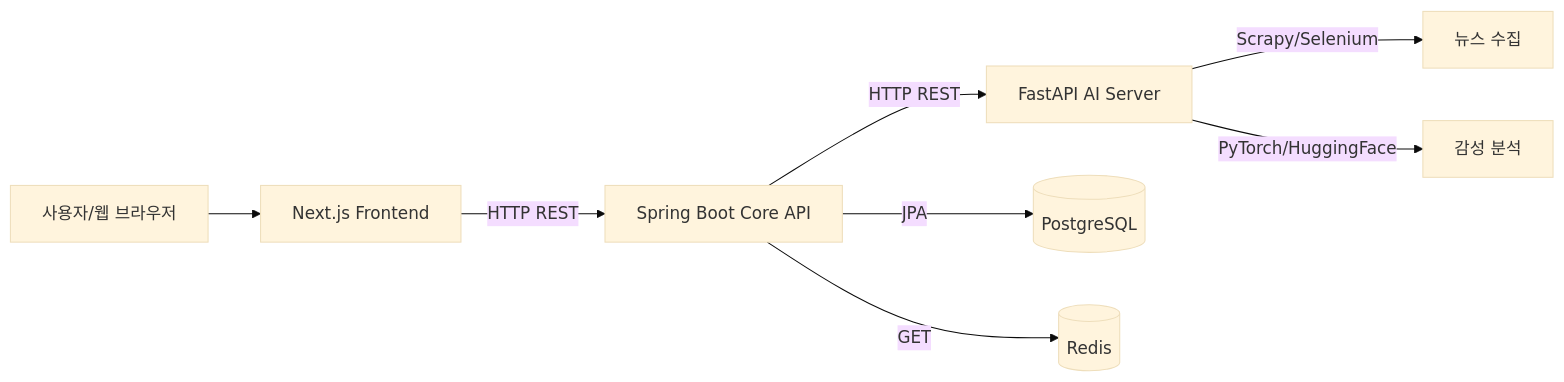
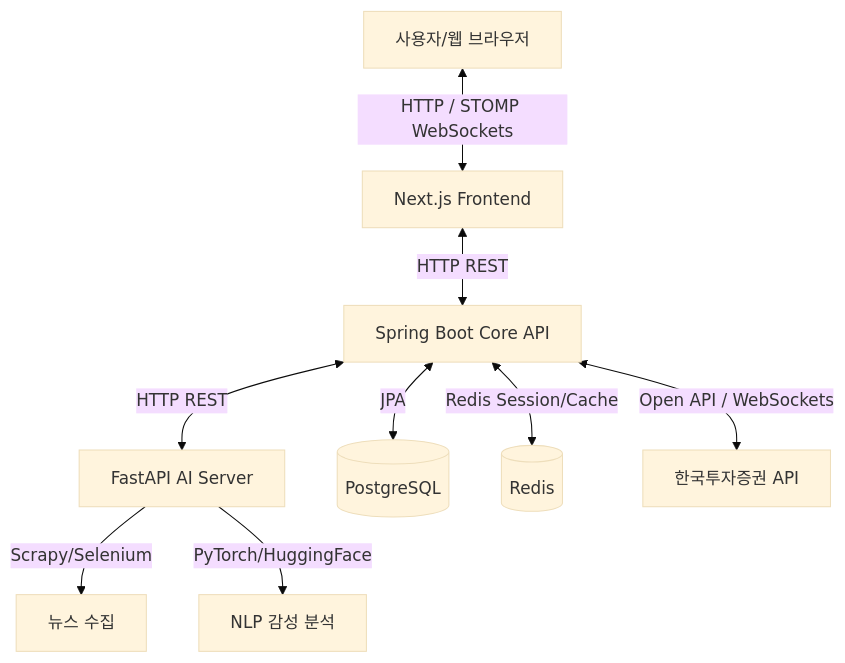
Before and after one commit to KimDohwan24/StockAI: the diagram in README.md, drawn with Mermaid (base theme). The commit also changed other lines of this file, not shown here.

````diff
--- a/README.md
+++ b/README.md
@@ -16,11 +32,13 @@
 ```mermaid
-graph LR
-    User[사용자/웹 브라우저] --> FE[Next.js Frontend]
-    FE -->|HTTP REST| BE[Spring Boot Core API]
-    BE -->|HTTP REST| AI[FastAPI AI Server]
-    BE -->|JPA| DB[(PostgreSQL)]
-    BE -->|GET| Redis[(Redis)]
+graph TD
+    User[사용자/웹 브라우저] <-->|HTTP / STOMP WebSockets| FE[Next.js Frontend]
+    FE <-->|HTTP REST| BE[Spring Boot Core API]
+    BE <-->|HTTP REST| AI[FastAPI AI Server]
+    BE <-->|JPA| DB[(PostgreSQL)]
+    BE <-->|Redis Session/Cache| Redis[(Redis)]
 
     AI -->|Scrapy/Selenium| News[뉴스 수집]
-    AI -->|PyTorch/HuggingFace| NLP[감성 분석]
+    AI -->|PyTorch/HuggingFace| NLP[NLP 감성 분석]
+    
+    BE <-->|Open API / WebSockets| KIS[한국투자증권 API]
 ```
````
